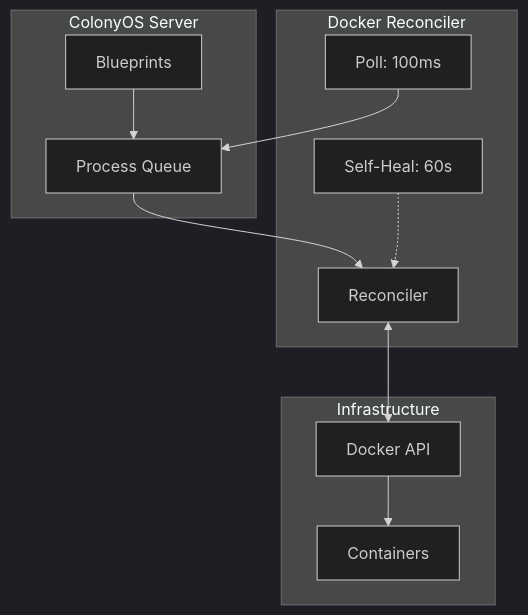
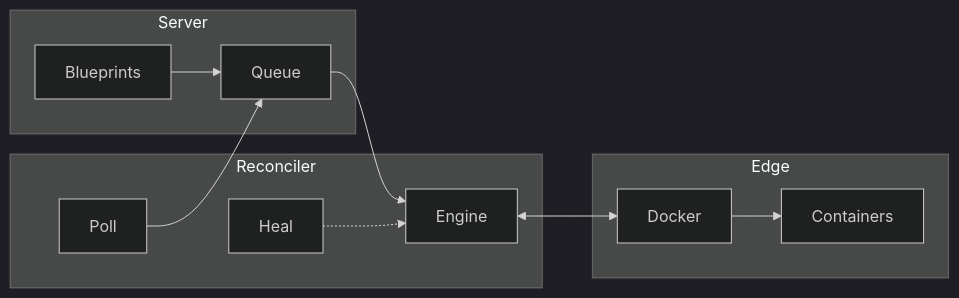
One commit to cop-pilot-eu/cluster-1-integration changed the third of 5 diagrams in README.md. Above: the diagram before and after it, drawn with Mermaid (dark theme). The commit also changed other lines of this file, not shown here.

````diff
--- a/README.md
+++ b/README.md
@@ -129,25 +127,25 @@
 ```mermaid
-graph TB
-    subgraph "ColonyOS Server"
+graph LR
+    subgraph Server
         BP[Blueprints]
-        PROC[Process Queue]
+        PROC[Queue]
     end
 
-    subgraph "Docker Reconciler"
-        POLL[Poll: 100ms]
-        HEAL[Self-Heal: 60s]
-        REC[Reconciler]
+    subgraph Reconciler
+        POLL[Poll]
+        HEAL[Heal]
+        REC[Engine]
     end
 
-    subgraph "Infrastructure"
-        API[Docker API]
+    subgraph Edge
+        API[Docker]
         C[Containers]
     end
 
     BP --> PROC
     POLL --> PROC
     PROC --> REC
     HEAL -.-> REC
     REC <--> API
     API --> C
 ```
````
